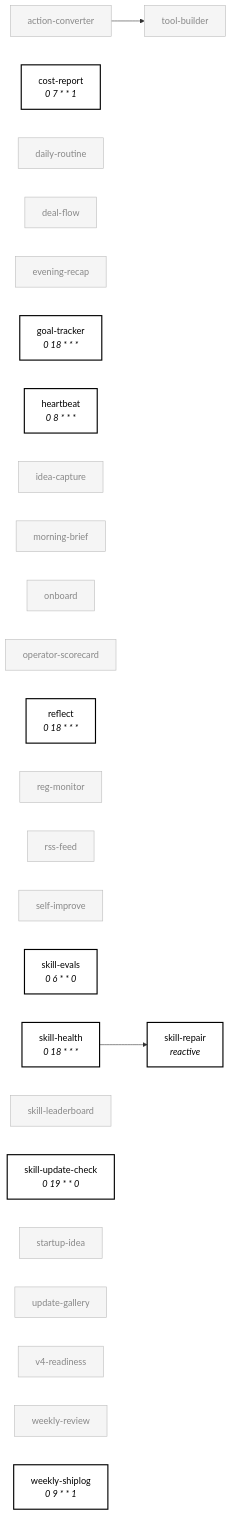
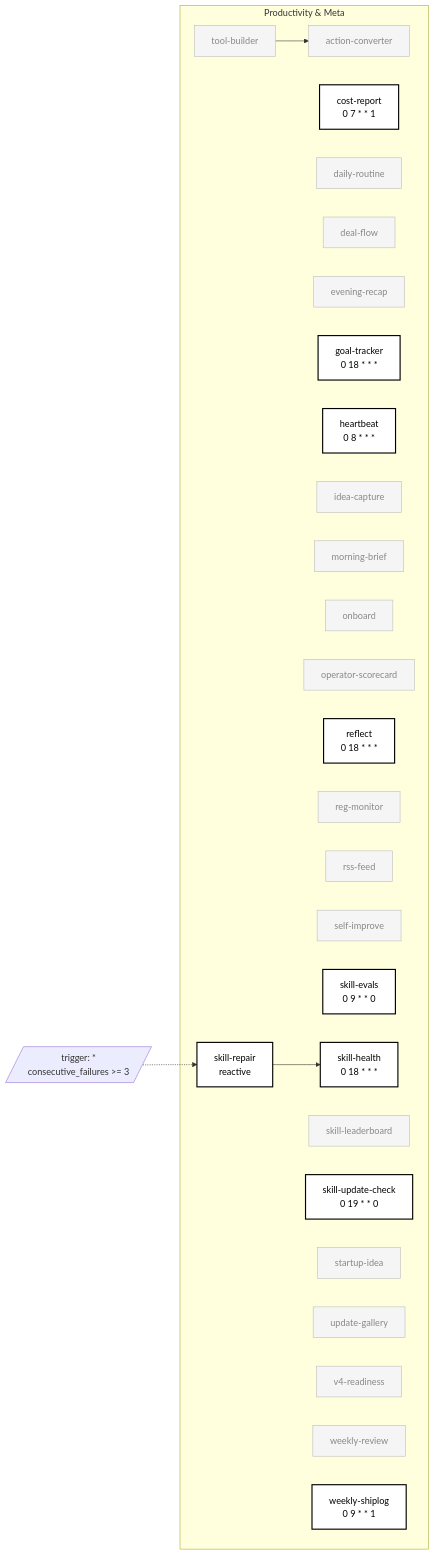
One commit to swarm-ai-research/aeon changed the seventh of 7 diagrams in docs/skill-graph.md. Above: the diagram before and after it, drawn with Mermaid. The commit also changed other lines of this file and 2 other files, not shown here.

First line of the commit message:
docs(skill-graph): NEW_SKILLS: initialized (172 skills mapped)

````diff
--- a/docs/skill-graph.md
+++ b/docs/skill-graph.md
@@ -376,62 +608,90 @@
 ```mermaid
 flowchart LR
-    classDef enabled fill:#fff,stroke:#000,stroke-width:2px,color:#000
-    classDef disabled fill:#f5f5f5,stroke:#bbb,color:#888
-    classDef external fill:none,stroke:#bbb,stroke-dasharray:3 3,color:#888
-    action-converter["action-converter"]
-    cost-report["cost-report<br/><i>0 7 * * 1</i>"]
-    daily-routine["daily-routine"]
-    deal-flow["deal-flow"]
-    evening-recap["evening-recap"]
-    goal-tracker["goal-tracker<br/><i>0 18 * * *</i>"]
-    heartbeat["heartbeat<br/><i>0 8 * * *</i>"]
-    idea-capture["idea-capture"]
-    morning-brief["morning-brief"]
-    onboard["onboard"]
-    operator-scorecard["operator-scorecard"]
-    reflect["reflect<br/><i>0 18 * * *</i>"]
-    reg-monitor["reg-monitor"]
-    rss-feed["rss-feed"]
-    self-improve["self-improve"]
-    skill-evals["skill-evals<br/><i>0 6 * * 0</i>"]
-    skill-health["skill-health<br/><i>0 18 * * *</i>"]
-    skill-leaderboard["skill-leaderboard"]
-    skill-repair["skill-repair<br/><i>reactive</i>"]
-    skill-update-check["skill-update-check<br/><i>0 19 * * 0</i>"]
-    startup-idea["startup-idea"]
-    tool-builder["tool-builder"]
-    update-gallery["update-gallery"]
-    v4-readiness["v4-readiness"]
-    weekly-review["weekly-review"]
-    weekly-shiplog["weekly-shiplog<br/><i>0 9 * * 1</i>"]
-    action-converter --> tool-builder
-    skill-health --> skill-repair
-    click action-converter "../skills/action-converter/SKILL.md"
-    click cost-report "../skills/cost-report/SKILL.md"
-    click daily-routine "../skills/daily-routine/SKILL.md"
-    click deal-flow "../skills/deal-flow/SKILL.md"
-    click evening-recap "../skills/evening-recap/SKILL.md"
-    click goal-tracker "../skills/goal-tracker/SKILL.md"
-    click heartbeat "../skills/heartbeat/SKILL.md"
-    click idea-capture "../skills/idea-capture/SKILL.md"
-    click morning-brief "../skills/morning-brief/SKILL.md"
-    click onboard "../skills/onboard/SKILL.md"
-    click operator-scorecard "../skills/operator-scorecard/SKILL.md"
-    click reflect "../skills/reflect/SKILL.md"
-    click reg-monitor "../skills/reg-monitor/SKILL.md"
-    click rss-feed "../skills/rss-feed/SKILL.md"
-    click self-improve "../skills/self-improve/SKILL.md"
-    click skill-evals "../skills/skill-evals/SKILL.md"
-    click skill-health "../skills/skill-health/SKILL.md"
-    click skill-leaderboard "../skills/skill-leaderboard/SKILL.md"
-    click skill-repair "../skills/skill-repair/SKILL.md"
-    click skill-update-check "../skills/skill-update-check/SKILL.md"
-    click startup-idea "../skills/startup-idea/SKILL.md"
-    click tool-builder "../skills/tool-builder/SKILL.md"
-    click update-gallery "../skills/update-gallery/SKILL.md"
-    click v4-readiness "../skills/v4-readiness/SKILL.md"
-    click weekly-review "../skills/weekly-review/SKILL.md"
-    click weekly-shiplog "../skills/weekly-shiplog/SKILL.md"
-    class cost-report,goal-tracker,heartbeat,reflect,skill-evals,skill-health,skill-repair,skill-update-check,weekly-shiplog enabled
-    class action-converter,daily-routine,deal-flow,evening-recap,idea-capture,morning-brief,onboard,operator-scorecard,reg-monitor,rss-feed,self-improve,skill-leaderboard,startup-idea,tool-builder,update-gallery,v4-readiness,weekly-review disabled
+  subgraph productivity["Productivity & Meta"]
+  action-converter["action-converter"]
+  cost-report["cost-report<br/>0 7 * * 1"]
+  daily-routine["daily-routine"]
+  deal-flow["deal-flow"]
+  evening-recap["evening-recap"]
+  goal-tracker["goal-tracker<br/>0 18 * * *"]
+  heartbeat["heartbeat<br/>0 8 * * *"]
+  idea-capture["idea-capture"]
+  morning-brief["morning-brief"]
+  onboard["onboard"]
+  operator-scorecard["operator-scorecard"]
+  reflect["reflect<br/>0 18 * * *"]
+  reg-monitor["reg-monitor"]
+  rss-feed["rss-feed"]
+  self-improve["self-improve"]
+  skill-evals["skill-evals<br/>0 9 * * 0"]
+  skill-health["skill-health<br/>0 18 * * *"]
+  skill-leaderboard["skill-leaderboard"]
+  skill-repair["skill-repair<br/>reactive"]
+  skill-update-check["skill-update-check<br/>0 19 * * 0"]
+  startup-idea["startup-idea"]
+  tool-builder["tool-builder"]
+  update-gallery["update-gallery"]
+  v4-readiness["v4-readiness"]
+  weekly-review["weekly-review"]
+  weekly-shiplog["weekly-shiplog<br/>0 9 * * 1"]
+  end
+  skill-repair --> skill-health
+  tool-builder --> action-converter
+  trigger_skill-repair[/"trigger: *<br/>consecutive_failures >= 3"/]
+  trigger_skill-repair -.-> skill-repair
+  classDef enabled fill:#fff,stroke:#000,stroke-width:2px,color:#000
+  classDef disabled fill:#f5f5f5,stroke:#bbb,color:#888
+  classDef external fill:none,stroke:#bbb,stroke-dasharray:3 3,color:#888
+  class action-converter disabled
+  class cost-report enabled
+  class daily-routine disabled
+  class deal-flow disabled
+  class evening-recap disabled
+  class goal-tracker enabled
+  class heartbeat enabled
+  class idea-capture disabled
+  class morning-brief disabled
+  class onboard disabled
+  class operator-scorecard disabled
+  class reflect enabled
+  class reg-monitor disabled
+  class rss-feed disabled
+  class self-improve disabled
+  class skill-evals enabled
+  class skill-health enabled
+  class skill-leaderboard disabled
+  class skill-repair enabled
+  class skill-update-check enabled
+  class startup-idea disabled
+  class tool-builder disabled
+  class update-gallery disabled
+  class v4-readiness disabled
+  class weekly-review disabled
+  class weekly-shiplog enabled
+  click action-converter "../skills/action-converter/SKILL.md"
+  click cost-report "../skills/cost-report/SKILL.md"
+  click daily-routine "../skills/daily-routine/SKILL.md"
+  click deal-flow "../skills/deal-flow/SKILL.md"
+  click evening-recap "../skills/evening-recap/SKILL.md"
+  click goal-tracker "../skills/goal-tracker/SKILL.md"
+  click heartbeat "../skills/heartbeat/SKILL.md"
+  click idea-capture "../skills/idea-capture/SKILL.md"
+  click morning-brief "../skills/morning-brief/SKILL.md"
+  click onboard "../skills/onboard/SKILL.md"
+  click operator-scorecard "../skills/operator-scorecard/SKILL.md"
+  click reflect "../skills/reflect/SKILL.md"
+  click reg-monitor "../skills/reg-monitor/SKILL.md"
+  click rss-feed "../skills/rss-feed/SKILL.md"
+  click self-improve "../skills/self-improve/SKILL.md"
+  click skill-evals "../skills/skill-evals/SKILL.md"
+  click skill-health "../skills/skill-health/SKILL.md"
+  click skill-leaderboard "../skills/skill-leaderboard/SKILL.md"
+  click skill-repair "../skills/skill-repair/SKILL.md"
+  click skill-update-check "../skills/skill-update-check/SKILL.md"
+  click startup-idea "../skills/startup-idea/SKILL.md"
+  click tool-builder "../skills/tool-builder/SKILL.md"
+  click update-gallery "../skills/update-gallery/SKILL.md"
+  click v4-readiness "../skills/v4-readiness/SKILL.md"
+  click weekly-review "../skills/weekly-review/SKILL.md"
+  click weekly-shiplog "../skills/weekly-shiplog/SKILL.md"
 ```
````
